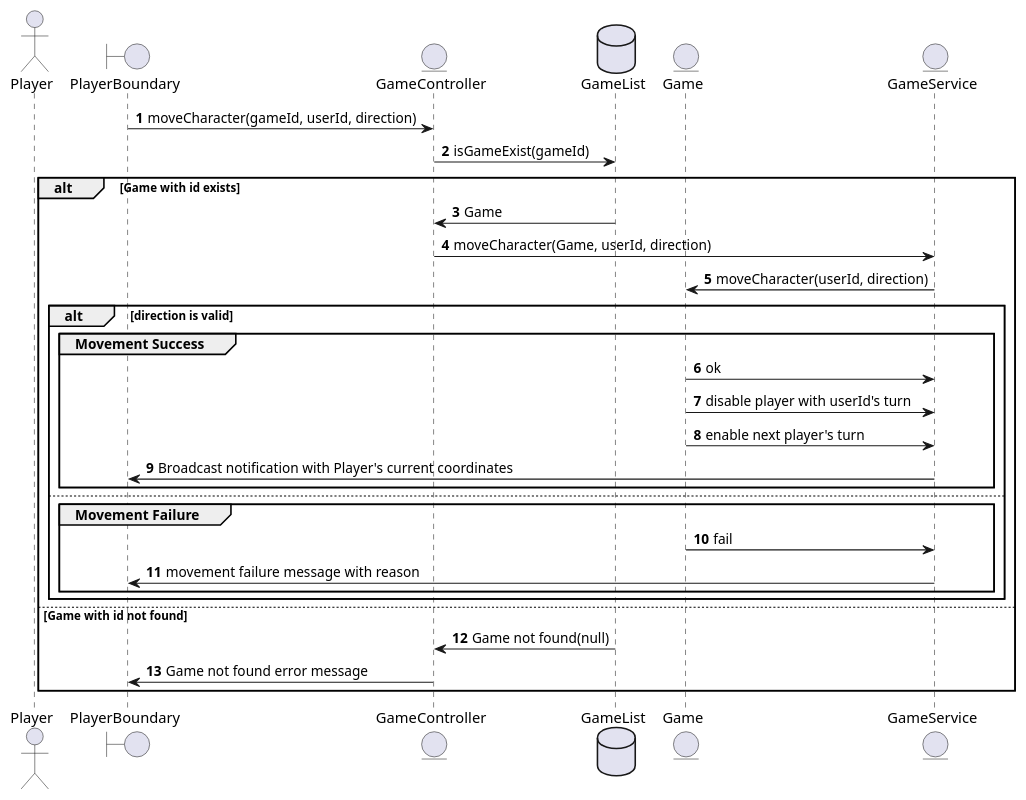
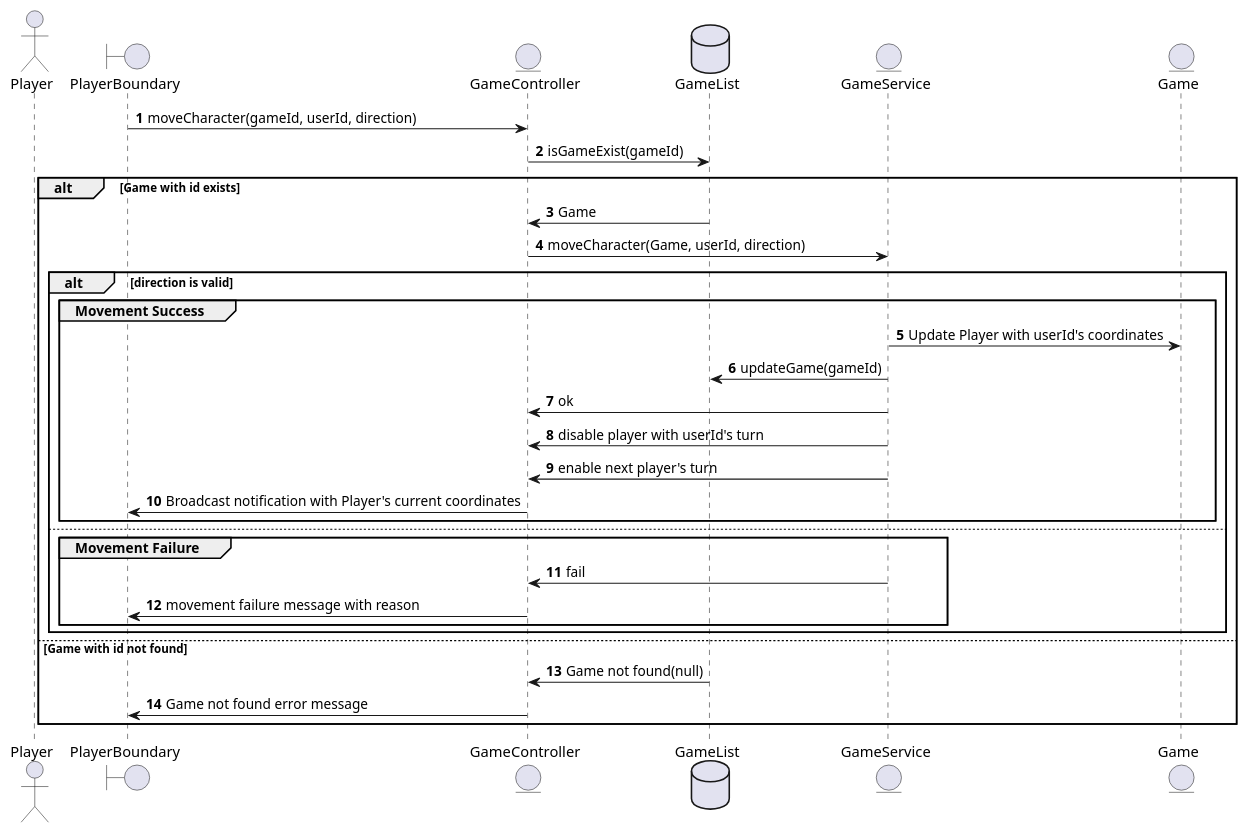
The diagram in clue-less-backend/movement.puml (gurmsc5/Clue-Less), drawn with PlantUML before and after one commit. The commit also changed 4 other files, not shown here.

Commit message:
18 - Added suggestion action seq diagram

```diff
--- a/clue-less-backend/movement.puml
+++ b/clue-less-backend/movement.puml
@@ -1,35 +1,36 @@
 @startuml
 
 autonumber
 actor Player
 boundary PlayerBoundary
 entity GameController
 
 PlayerBoundary -> GameController: moveCharacter(gameId, userId, direction)
 database GameList
+entity GameService
 entity Game
 GameController -> GameList: isGameExist(gameId)
-entity GameService
 
 alt Game with id exists
     GameList -> GameController: Game
     GameController -> GameService: moveCharacter(Game, userId, direction)
-    GameService -> Game: moveCharacter(userId, direction)
     alt direction is valid
         group Movement Success
-            Game -> GameService: ok
-            Game -> GameService: disable player with userId's turn
-            Game -> GameService: enable next player's turn
-            GameService -> PlayerBoundary: Broadcast notification with Player's current coordinates
+            GameService -> Game: Update Player with userId's coordinates
+            GameService -> GameList: updateGame(gameId)
+            GameService -> GameController: ok
+            GameService -> GameController: disable player with userId's turn
+            GameService -> GameController: enable next player's turn
+            GameController -> PlayerBoundary: Broadcast notification with Player's current coordinates
         end
     else
         group Movement Failure
-            Game -> GameService: fail
-            GameService -> PlayerBoundary: movement failure message with reason
+            GameService -> GameController: fail
+            GameController -> PlayerBoundary: movement failure message with reason
         end
     end
 else Game with id not found
     GameList -> GameController: Game not found(null)
     GameController -> PlayerBoundary: Game not found error message
 end
 @enduml
```
